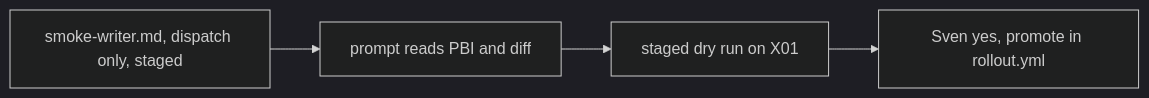
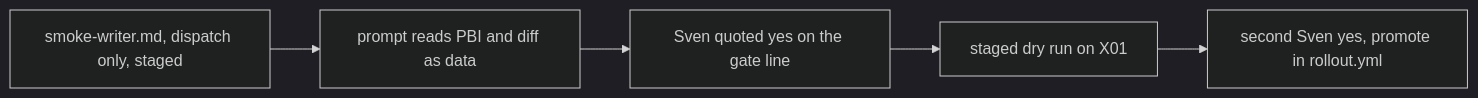
The second of 2 diagrams in docs/pbi/smoke/SM02.md (svennijhuis/agentic-workflows), drawn with Mermaid (dark theme) before and after one commit. The commit also changed other lines of this file and 5 other files, not shown here.

Commit message:
docs(pbi): smoke SM02-SM05, SM07, README index, Cursor review fixes at 719cd75

````diff
--- a/docs/pbi/smoke/SM02.md
+++ b/docs/pbi/smoke/SM02.md
@@ -61,6 +71,7 @@
 ```mermaid
 flowchart LR
-  S1[smoke-writer.md, dispatch only, staged] --> S2[prompt reads PBI and diff]
-  S2 --> S3[staged dry run on X01]
-  S3 --> S4[Sven yes, promote in rollout.yml]
+  S1[smoke-writer.md, dispatch only, staged] --> S2[prompt reads PBI and diff as data]
+  S2 --> Y[Sven quoted yes on the gate line]
+  Y --> S3[staged dry run on X01]
+  S3 --> S4[second Sven yes, promote in rollout.yml]
 ```
````
